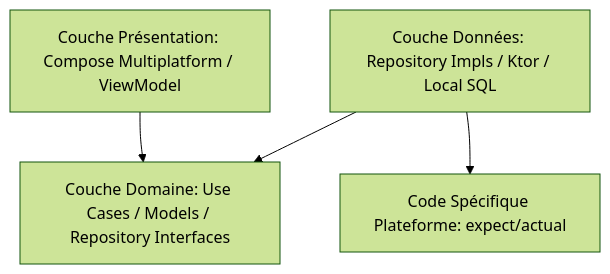
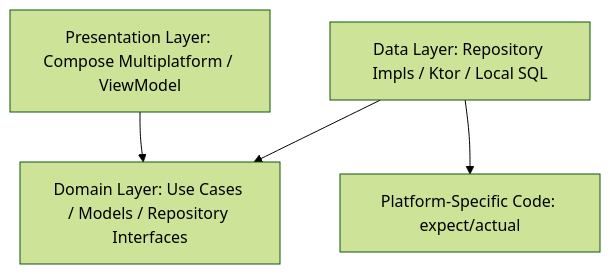
The diagram in README.md (ygdrasil-io/project-template), drawn with Mermaid (forest theme) before and after one commit. The commit also changed other lines of this file and 1 other file, not shown here.

````diff
--- a/README.md
+++ b/README.md
@@ -39,6 +43,6 @@
 ```mermaid
 graph TD
-    UI[Couche Présentation: Compose Multiplatform / ViewModel] --> Domain[Couche Domaine: Use Cases / Models / Repository Interfaces]
-    Data[Couche Données: Repository Impls / Ktor / Local SQL] --> Domain
-    Data --> Platform[Code Spécifique Plateforme: expect/actual]
+    UI[Presentation Layer: Compose Multiplatform / ViewModel] --> Domain[Domain Layer: Use Cases / Models / Repository Interfaces]
+    Data[Data Layer: Repository Impls / Ktor / Local SQL] --> Domain
+    Data --> Platform[Platform-Specific Code: expect/actual]
 ```
````
